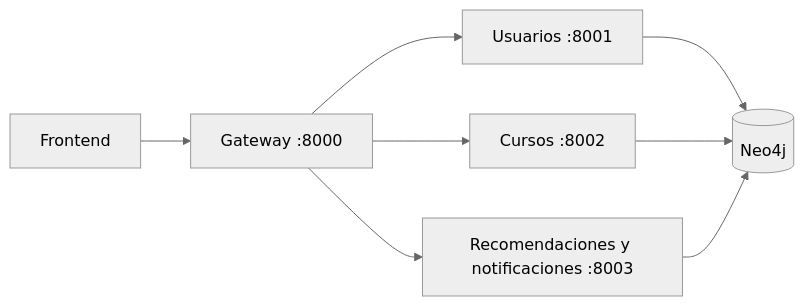
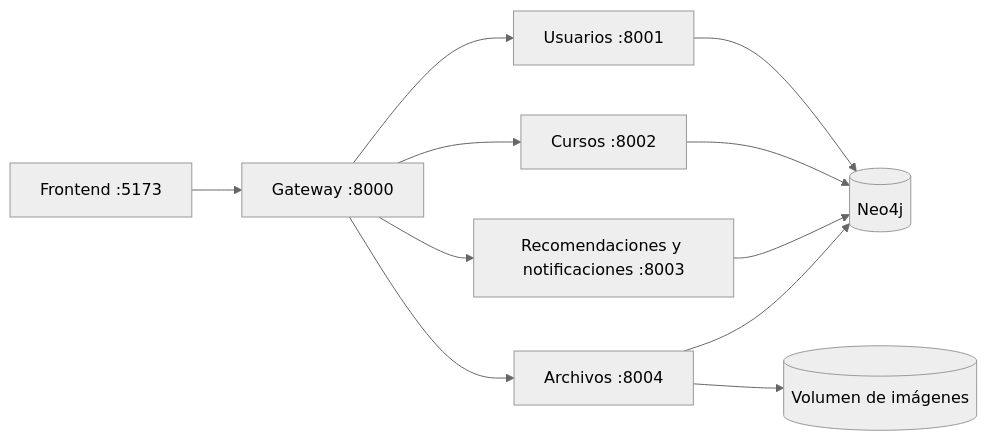
One commit to GiROXiO/lightspace changed the diagram in README.md. Above: the diagram before and after it, drawn with Mermaid (neutral theme). The commit also changed other lines of this file, not shown here.

````diff
--- a/README.md
+++ b/README.md
@@ -42,10 +51,13 @@
 ```mermaid
 graph LR
-    F[Frontend] --> G[Gateway :8000]
+    F[Frontend :5173] --> G[Gateway :8000]
     G --> U[Usuarios :8001]
     G --> C[Cursos :8002]
     G --> R[Recomendaciones y notificaciones :8003]
+    G --> A[Archivos :8004]
     U --> N[(Neo4j)]
     C --> N
     R --> N
+    A --> N
+    A --> V[(Volumen de imágenes)]
 ```
````
